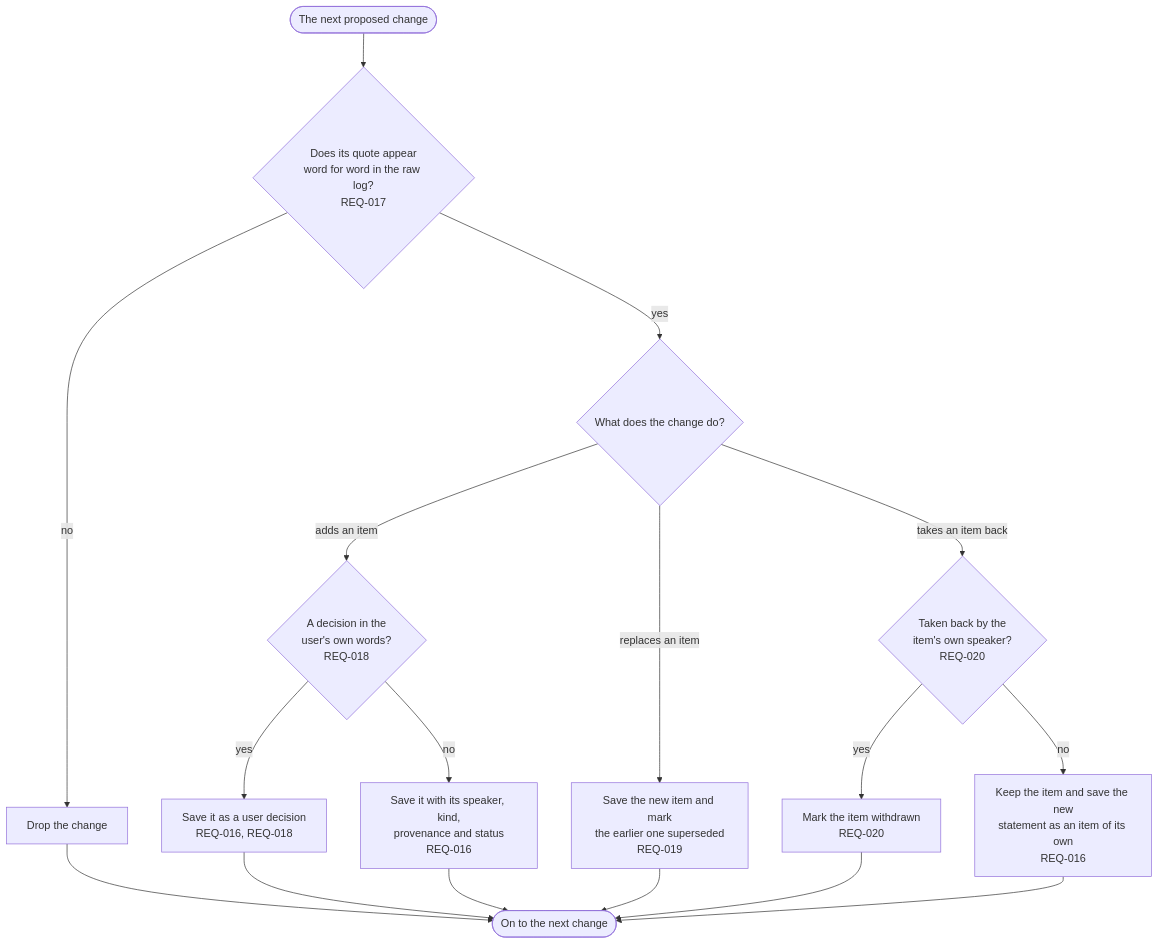
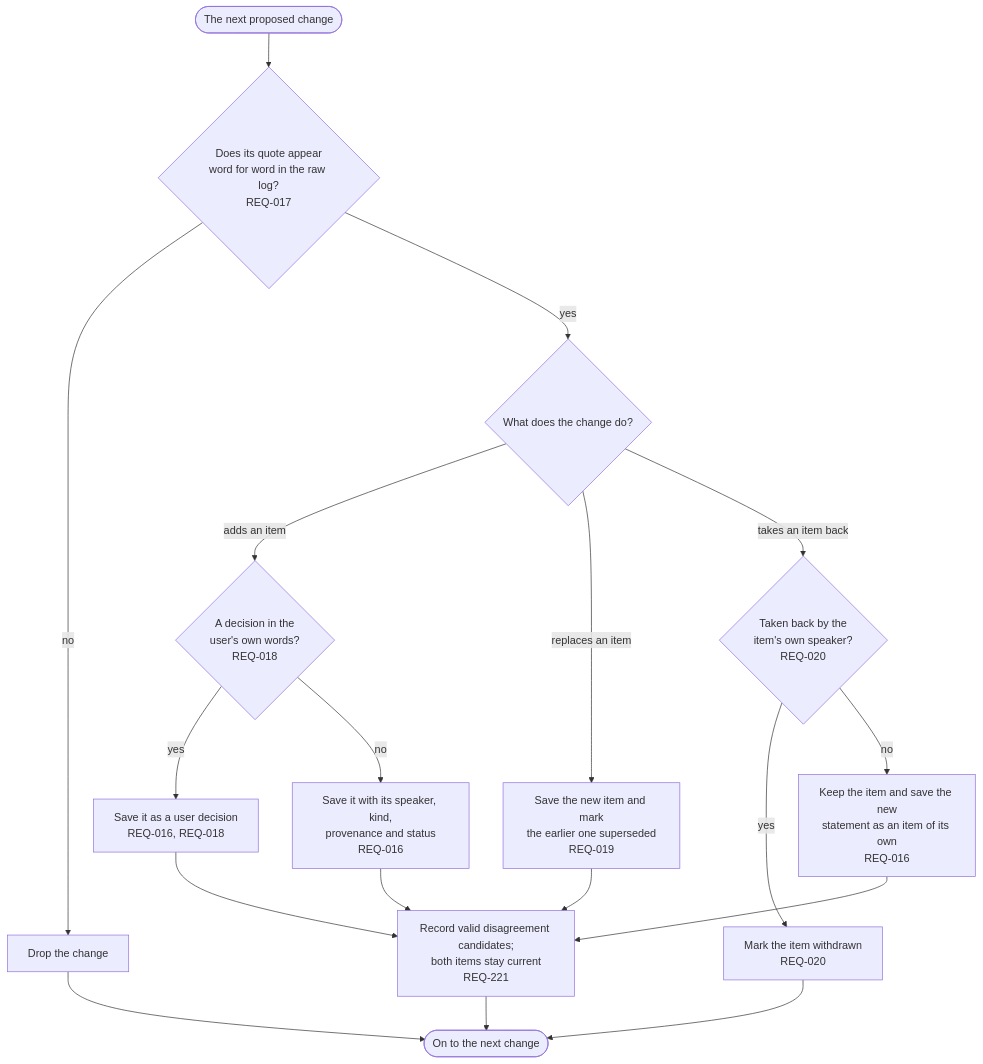
One commit to kodonghui/corthex changed the second of 2 diagrams in docs/03-user-flow/memory/FL-005-curate-new-turns.md. Above: the diagram before and after it, drawn with Mermaid. The commit also changed other lines of this file and 41 other files, not shown here.

````diff
--- a/docs/03-user-flow/memory/FL-005-curate-new-turns.md
+++ b/docs/03-user-flow/memory/FL-005-curate-new-turns.md
@@ -43,19 +44,20 @@
 ```mermaid
 flowchart TD
   A(["The next proposed change"]) --> J{"Does its quote appear<br/>word for word in the raw log?<br/>REQ-017"}
   J -->|no| J1["Drop the change"]
   J -->|yes| K{"What does the change do?"}
   K -->|adds an item| L{"A decision in the<br/>user's own words?<br/>REQ-018"}
   L -->|yes| L1["Save it as a user decision<br/>REQ-016, REQ-018"]
   L -->|no| L2["Save it with its speaker, kind,<br/>provenance and status<br/>REQ-016"]
   K -->|replaces an item| M["Save the new item and mark<br/>the earlier one superseded<br/>REQ-019"]
   K -->|takes an item back| N{"Taken back by the<br/>item's own speaker?<br/>REQ-020"}
   N -->|yes| N1["Mark the item withdrawn<br/>REQ-020"]
   N -->|no| N2["Keep the item and save the new<br/>statement as an item of its own<br/>REQ-016"]
   J1 --> Z(["On to the next change"])
-  L1 --> Z
-  L2 --> Z
-  M --> Z
+  L1 --> CF
+  L2 --> CF
+  M --> CF
   N1 --> Z
-  N2 --> Z
+  N2 --> CF
+  CF["Record valid disagreement candidates;<br/>both items stay current<br/>REQ-221"] --> Z
 ```
````
